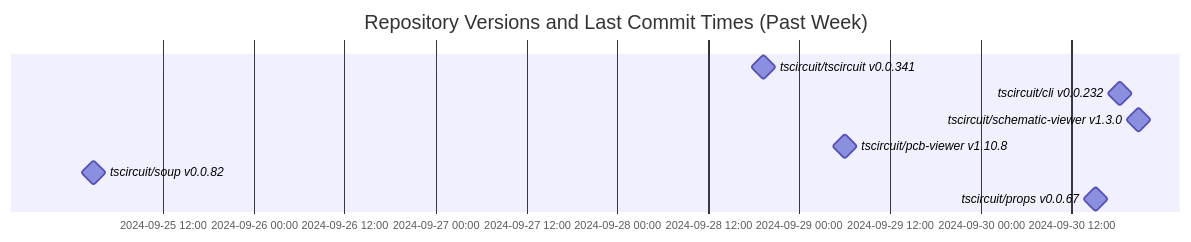
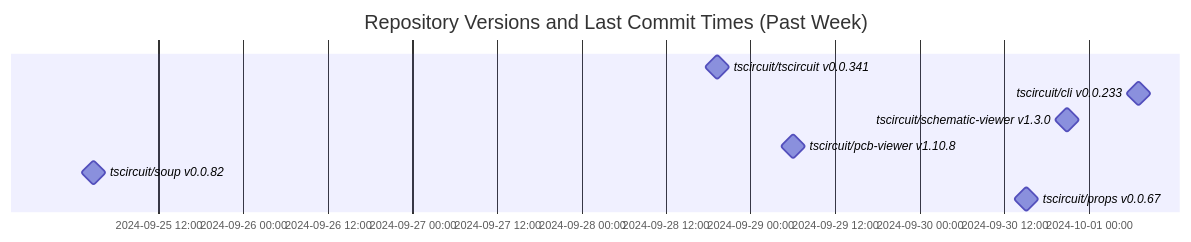
The diagram in README.md (tscircuit/version-tracker), drawn with Mermaid before and after one commit.

Commit message:
Update chart

````diff
--- a/README.md
+++ b/README.md
@@ -1,13 +1,13 @@
 ```mermaid
 gantt
   dateFormat  YYYY-MM-DD HH:mm:ss
   title Repository Versions and Last Commit Times (Past Week)
   axisFormat %Y-%m-%d %H:%M
 
   tscircuit/tscircuit v0.0.341 : milestone, 2024-09-28 19:18:49, 1s
-  tscircuit/cli v0.0.232 : milestone, 2024-09-30 18:20:24, 1s
+  tscircuit/cli v0.0.233 : milestone, 2024-10-01 07:01:14, 1s
   tscircuit/schematic-viewer v1.3.0 : milestone, 2024-09-30 20:50:04, 1s
   tscircuit/pcb-viewer v1.10.8 : milestone, 2024-09-29 06:04:46, 1s
   tscircuit/soup v0.0.82 : milestone, 2024-09-25 02:48:20, 1s
   tscircuit/props v0.0.67 : milestone, 2024-09-30 15:06:17, 1s
 ```
````
